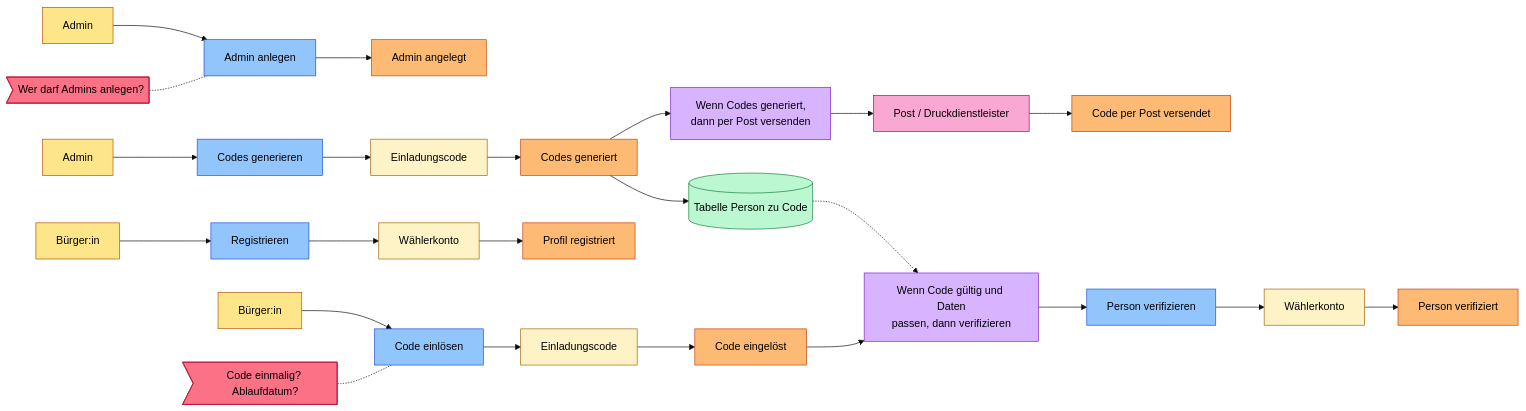
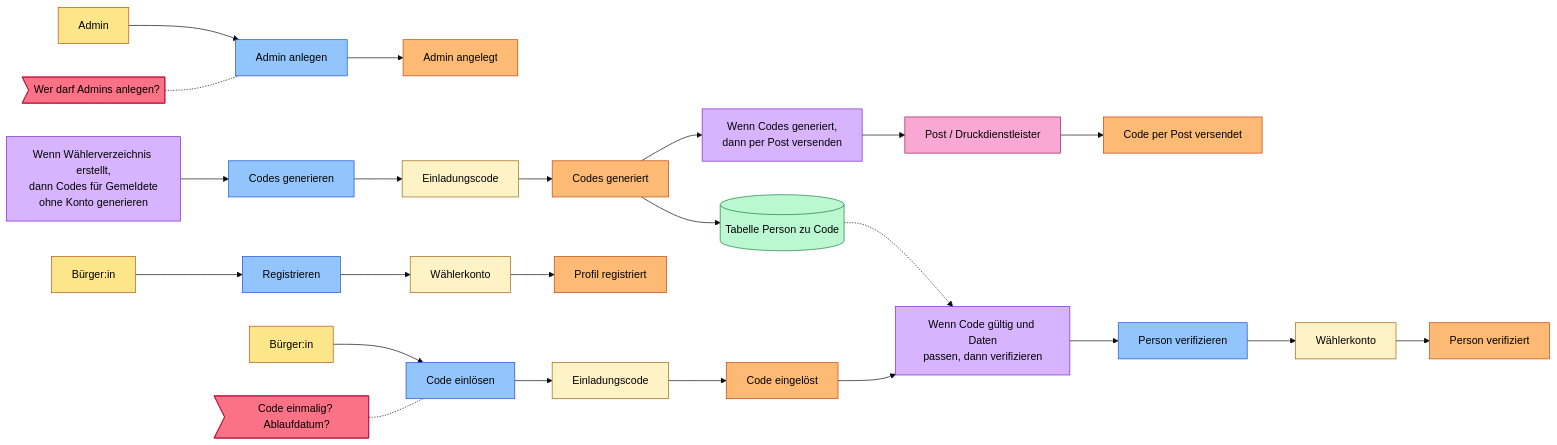
Before and after one commit to normaharley/ModerneSoftwarentwicklungWS26: the second of 9 diagrams in documentation/Uebung3.md, drawn with Mermaid (base theme). The commit also changed other lines of this file, not shown here.

````diff
--- a/documentation/Uebung3.md
+++ b/documentation/Uebung3.md
@@ -39,25 +41,25 @@
 ```mermaid
 flowchart LR
   ad1["Admin"]:::actor --> c_admin["Admin anlegen"]:::command --> e_admin["Admin angelegt"]:::event
   h_admin>"Wer darf Admins anlegen?"]:::hotspot -.- c_admin
 
-  ad2["Admin"]:::actor --> c_codes["Codes generieren"]:::command --> ag_code1["Einladungscode"]:::aggregate --> e_codes["Codes generiert"]:::event
+  p_codes["Wenn Wählerverzeichnis erstellt,<br>dann Codes für Gemeldete<br>ohne Konto generieren"]:::policy --> c_codes["Codes generieren"]:::command --> ag_code1["Einladungscode"]:::aggregate --> e_codes["Codes generiert"]:::event
   e_codes --> p_post["Wenn Codes generiert,<br>dann per Post versenden"]:::policy --> x_post["Post / Druckdienstleister"]:::external --> e_sent["Code per Post versendet"]:::event
   e_codes --> rm_pc[("Tabelle Person zu Code")]:::readmodel
 
   b1["Bürger:in"]:::actor --> c_reg["Registrieren"]:::command --> ag_konto1["Wählerkonto"]:::aggregate --> e_reg["Profil registriert"]:::event
 
   b2["Bürger:in"]:::actor --> c_einl["Code einlösen"]:::command --> ag_code2["Einladungscode"]:::aggregate --> e_einl["Code eingelöst"]:::event
   h_code>"Code einmalig? Ablaufdatum?"]:::hotspot -.- c_einl
   e_einl --> p_ver["Wenn Code gültig und Daten<br>passen, dann verifizieren"]:::policy --> c_ver["Person verifizieren"]:::command --> ag_konto2["Wählerkonto"]:::aggregate --> e_ver["Person verifiziert"]:::event
   rm_pc -.-> p_ver
 
   classDef actor fill:#fde68a,stroke:#b45309,color:#000
   classDef command fill:#93c5fd,stroke:#1d4ed8,color:#000
   classDef aggregate fill:#fef3c7,stroke:#a16207,color:#000
   classDef event fill:#fdba74,stroke:#c2410c,color:#000
   classDef policy fill:#d8b4fe,stroke:#7e22ce,color:#000
   classDef external fill:#f9a8d4,stroke:#9d174d,color:#000
   classDef readmodel fill:#bbf7d0,stroke:#15803d,color:#000
   classDef hotspot fill:#fb7185,stroke:#be123c,color:#000
 ```
````
